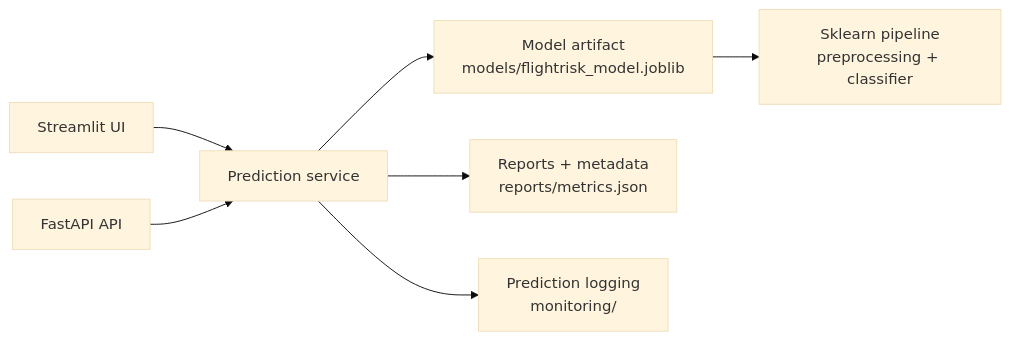
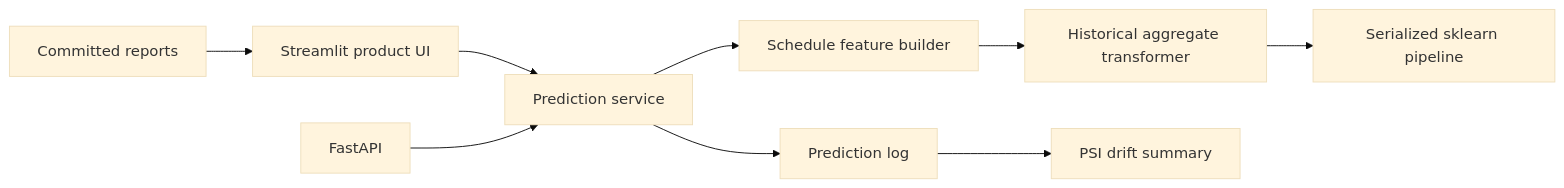
The diagram in README.md (oriolmartz/flight-delay-risk), drawn with Mermaid (base theme) before and after one commit. The commit also changed other lines of this file and 43 other files, not shown here.

````diff
--- a/README.md
+++ b/README.md
@@ -110,9 +248,11 @@
 ```mermaid
 flowchart LR
-    U[Streamlit UI] --> S[Prediction service]
-    A[FastAPI API] --> S
-    S --> M[Model artifact\nmodels/flightrisk_model.joblib]
-    M --> P[Sklearn pipeline\npreprocessing + classifier]
-    S --> R[Reports + metadata\nreports/metrics.json]
-    S --> L[Prediction logging\nmonitoring/]
+    U[Streamlit product UI] --> S[Prediction service]
+    A[FastAPI] --> S
+    S --> F[Schedule feature builder]
+    F --> H[Historical aggregate transformer]
+    H --> M[Serialized sklearn pipeline]
+    S --> L[Prediction log]
+    R[Committed reports] --> U
+    L --> D[PSI drift summary]
 ```
````
